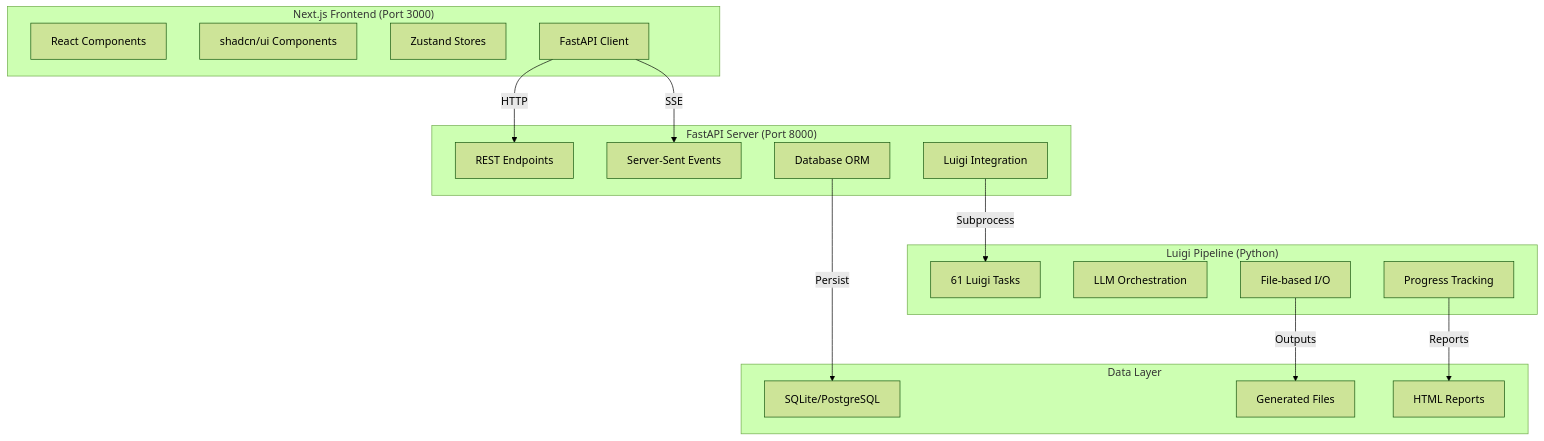
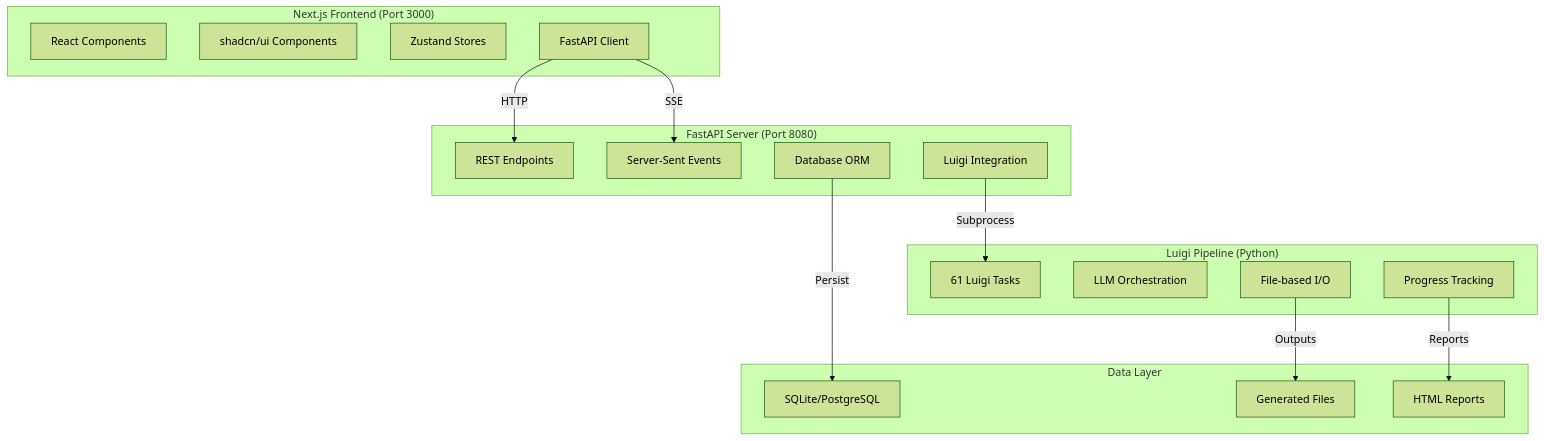
The diagram in CLAUDE.md (neoneye/PlanExe), drawn with Mermaid (forest theme) before and after one commit. The commit also changed 1 other file, not shown here.

Commit message:
docs: Update development workflow focus - Railway-first deployment
- CLAUDE.md: Added warning about port 8080 vs 8000 confusion in docs
- CODEBASE-INDEX.md: Added warning about incorrect port documentation
- These changes prepare for Railway-first development workflow
- Focus shift: UI as debugging tool, no local console dependency
- Next: Document circular debugging patterns and Railway-only workflow

Author: Cascade (Claude 3.5 Sonnet)
SRP/DRY: Pass - Documentation updates maintain single responsibility

````diff
--- a/CLAUDE.md
+++ b/CLAUDE.md
@@ -22,36 +22,36 @@
 ```mermaid
 flowchart TB
     subgraph Frontend ["Next.js Frontend (Port 3000)"]
         A1[React Components]
         A2[shadcn/ui Components]
         A3[Zustand Stores]
         A4[FastAPI Client]
     end
 
-    subgraph API ["FastAPI Server (Port 8000)"]
+    subgraph API ["FastAPI Server (Port 8080)"]
         B1[REST Endpoints]
         B2[Server-Sent Events]
         B3[Database ORM]
         B4[Luigi Integration]
     end
 
     subgraph Pipeline ["Luigi Pipeline (Python)"]
         C1[61 Luigi Tasks]
         C2[LLM Orchestration]
         C3[File-based I/O]
         C4[Progress Tracking]
     end
 
     subgraph Storage ["Data Layer"]
         D1[SQLite/PostgreSQL]
         D2[Generated Files]
         D3[HTML Reports]
     end
 
     A4 --HTTP--> B1
     A4 --SSE--> B2
     B4 --Subprocess--> C1
     B3 --Persist--> D1
     C3 --Outputs--> D2
     C4 --Reports--> D3
 ```
````
